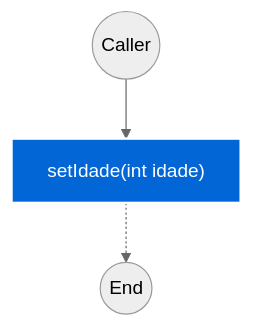
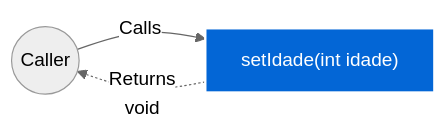
Before and after one commit to FelipeMCassiano/geanky: the third of 5 diagrams in docs/UserModel.md, drawn with Mermaid (neutral theme). The commit also changed other lines of this file and 6 other files, not shown here.

````diff
--- a/docs/UserModel.md
+++ b/docs/UserModel.md
@@ -133,11 +139,9 @@
 ```mermaid
-flowchart TD
+flowchart LR
     classDef methodNode fill:#0366d6,stroke:#fff,stroke-width:2px,color:#fff;
-    classDef callNode fill:#f1f8ff,stroke:#0366d6,color:#24292f;
-    classDef ifNode fill:#fff8c5,stroke:#d73a49,color:#24292f;
-    classDef retNode fill:#28a745,stroke:#fff,color:#fff;
+    Caller(("Caller"))
+    Method["setIdade(int idade)"]:::methodNode
 
-    START(("Caller")) --> M_ENTRY["setIdade(int idade)"]:::methodNode
-    M_ENTRY -.-> END(("End"))
-
+    Caller -- "Calls" --> Method
+    Method -. "Returns<br>void" .-> Caller
 ```
````
